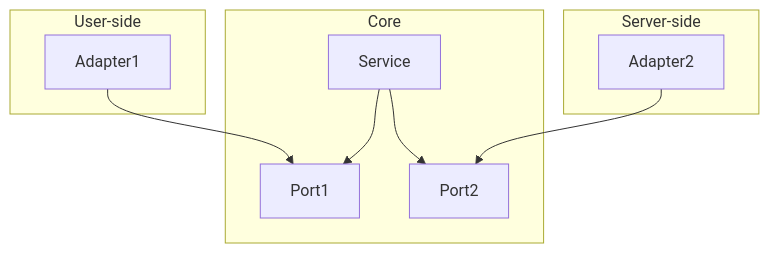
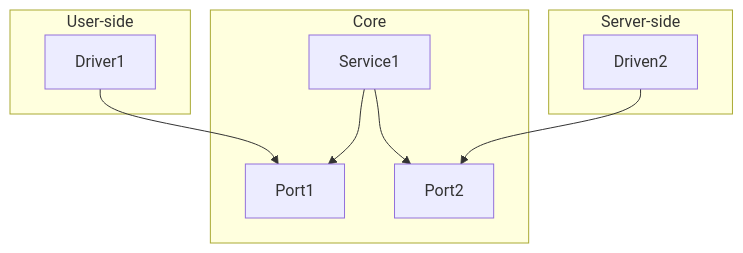
The diagram in README.md (sximenez/2024-10-oct-hexagonal-pattern), drawn with Mermaid before and after one commit. The commit also changed other lines of this file and 7 other files, not shown here.

````diff
--- a/README.md
+++ b/README.md
@@ -23,19 +27,21 @@
 ```mermaid
 graph TB
 
-subgraph Server-side
-Adapter2
+subgraph Core
+Service1 --> Port1
+Service1 --> Port2
 end
 
-subgraph Core
-Service --> Port1
-Service --> Port2
+
+subgraph Server-side
+Driven2
 end
 
+
 subgraph User-side
-Adapter1
+Driver1
 end
 
-Adapter2 --> Port2 
-Adapter1 --> Port1
+Driven2 --> Port2 
+Driver1 --> Port1
 ```
````
